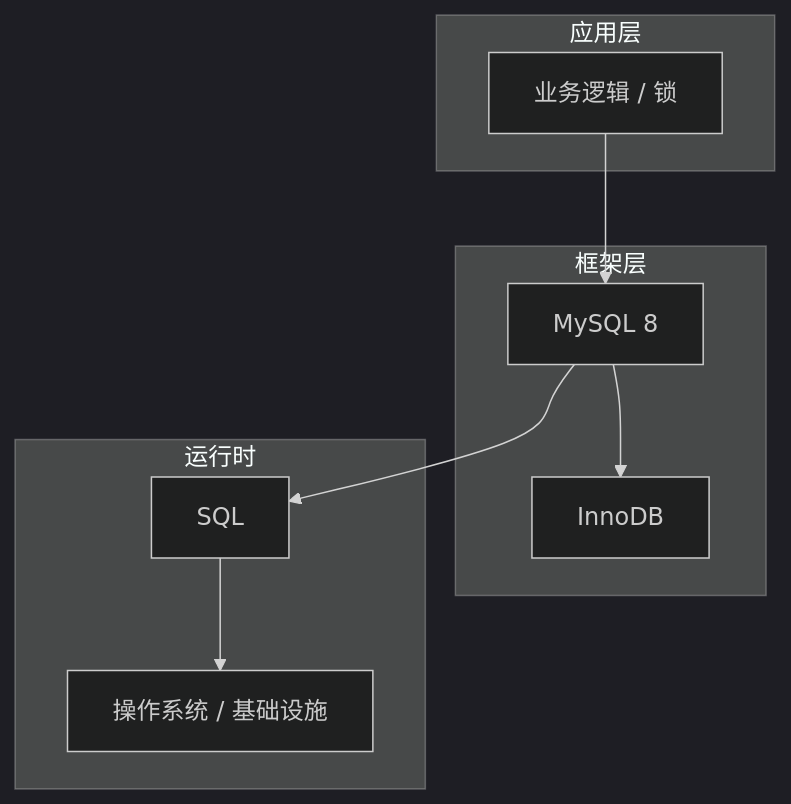
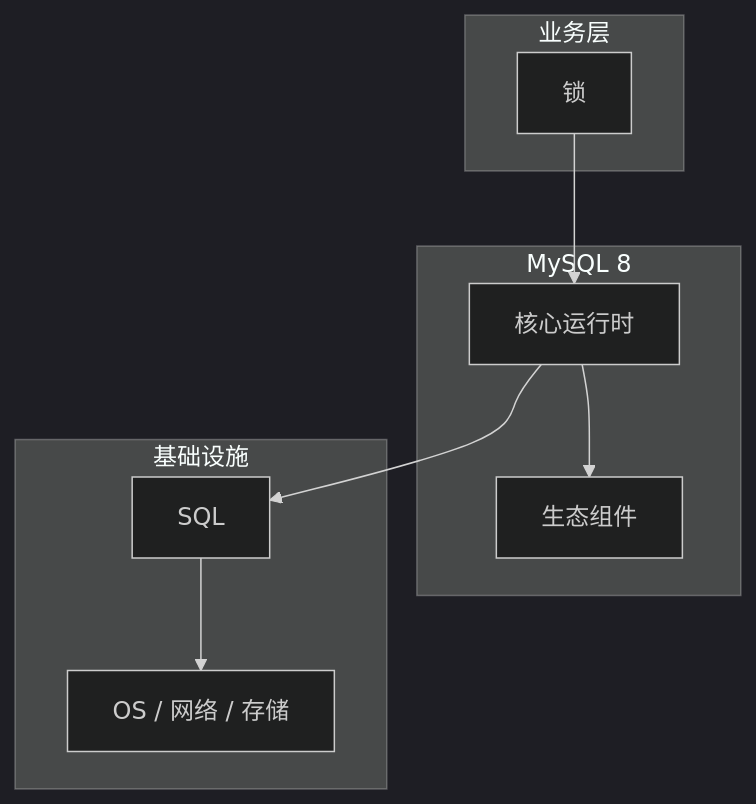
The diagram in articles/MySQL/chapters/100-锁核心概念与原理.md (yanggan2015/knowledge-json-v2), drawn with Mermaid (dark theme) before and after one commit. The commit also changed other lines of this file and 10127 other files, not shown here.

````diff
--- a/articles/MySQL/chapters/100-锁核心概念与原理.md
+++ b/articles/MySQL/chapters/100-锁核心概念与原理.md
@@ -45,18 +34,18 @@
 ```mermaid
 graph TB
-    subgraph 应用层
-        A[业务逻辑 / 锁]
+    subgraph 业务层
+        A[锁]
     end
-    subgraph 框架层
-        B[MySQL 8]
-        C[InnoDB]
+    subgraph MySQL 8
+        B[核心运行时]
+        C[生态组件]
     end
-    subgraph 运行时
+    subgraph 基础设施
         D[SQL]
-        E[操作系统 / 基础设施]
+        E[OS / 网络 / 存储]
     end
     A --> B
     B --> C
     B --> D
     D --> E
 ```
````
